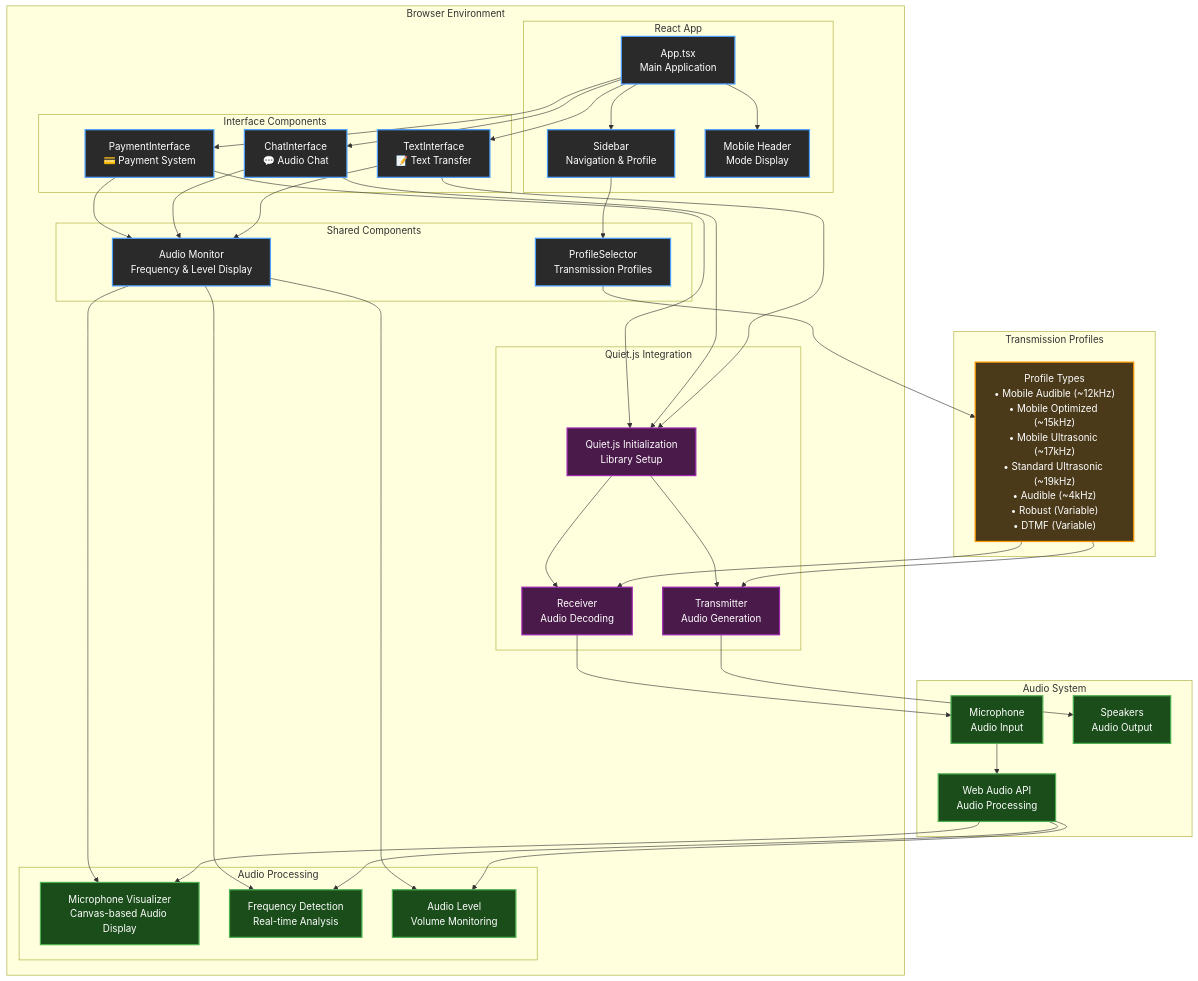
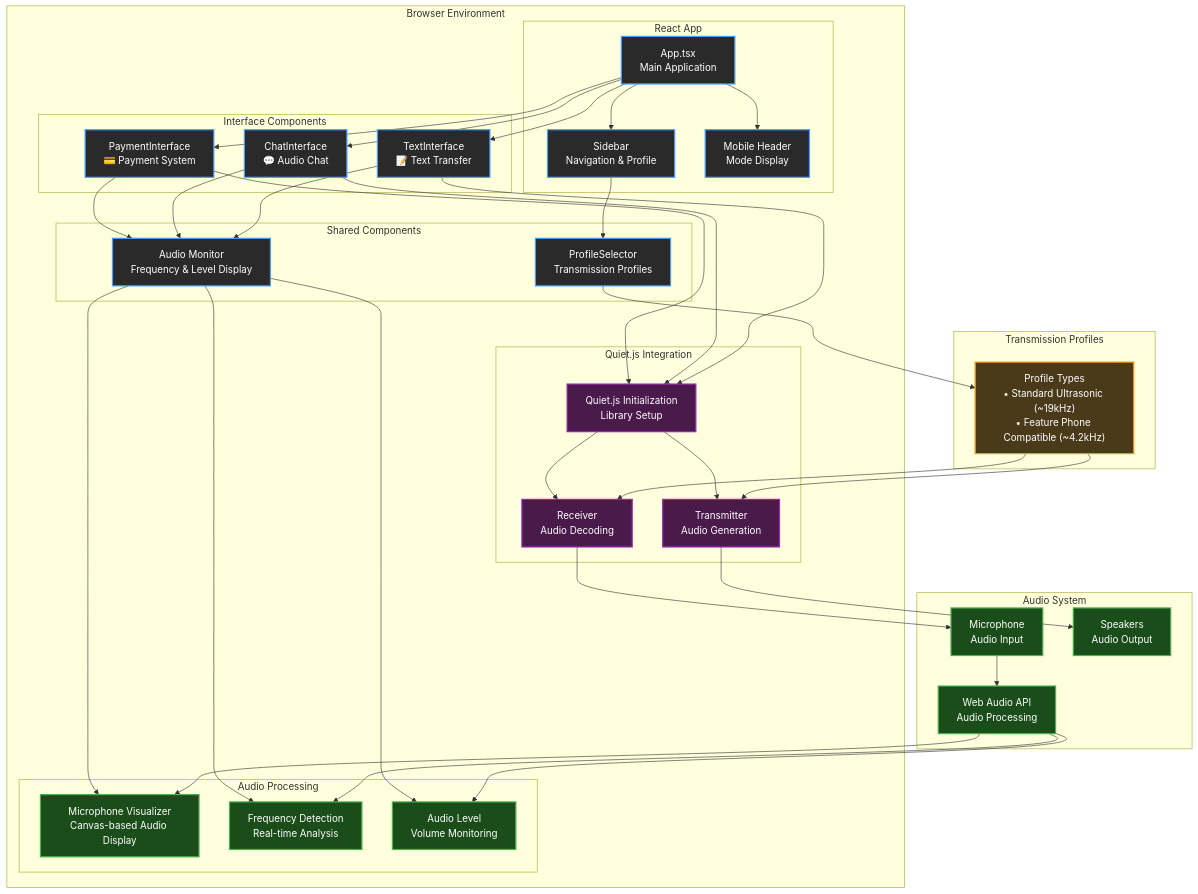
The diagram in docs/architecture.mmd (IFAKA/ultrasound-payments), drawn with Mermaid before and after one commit. The commit also changed 4 other files, not shown here.

Commit message:
Update README and architecture documentation to reflect changes in transmission profiles and repository links. Add new CSS files for Payment, Chat, and Text interfaces, and enhance component relationships diagrams with updated styles and utilities.

```diff
--- a/docs/architecture.mmd
+++ b/docs/architecture.mmd
@@ -1,90 +1,90 @@
 graph TB
     subgraph "Browser Environment"
         subgraph "React App"
             App["App.tsx<br/>Main Application"]
             Sidebar["Sidebar<br/>Navigation & Profile"]
             MobileHeader["Mobile Header<br/>Mode Display"]
         end
         
         subgraph "Interface Components"
             Payment["PaymentInterface<br/>💳 Payment System"]
             Chat["ChatInterface<br/>💬 Audio Chat"]
             Text["TextInterface<br/>📝 Text Transfer"]
         end
         
         subgraph "Shared Components"
             ProfileSelector["ProfileSelector<br/>Transmission Profiles"]
             AudioMonitor["Audio Monitor<br/>Frequency & Level Display"]
         end
         
         subgraph "Audio Processing"
             MicViz["Microphone Visualizer<br/>Canvas-based Audio Display"]
             FreqDetect["Frequency Detection<br/>Real-time Analysis"]
             AudioLevel["Audio Level<br/>Volume Monitoring"]
         end
         
         subgraph "Quiet.js Integration"
             QuietInit["Quiet.js Initialization<br/>Library Setup"]
             Transmitter["Transmitter<br/>Audio Generation"]
             Receiver["Receiver<br/>Audio Decoding"]
         end
     end
     
     subgraph "Audio System"
         Microphone["Microphone<br/>Audio Input"]
         Speakers["Speakers<br/>Audio Output"]
         AudioContext["Web Audio API<br/>Audio Processing"]
     end
     
     subgraph "Transmission Profiles"
-        Profiles["Profile Types<br/>• Mobile Audible (~12kHz)<br/>• Mobile Optimized (~15kHz)<br/>• Mobile Ultrasonic (~17kHz)<br/>• Standard Ultrasonic (~19kHz)<br/>• Audible (~4kHz)<br/>• Robust (Variable)<br/>• DTMF (Variable)"]
+        Profiles["Profile Types<br/>• Standard Ultrasonic (~19kHz)<br/>• Feature Phone Compatible (~4.2kHz)"]
     end
     
     %% Main App Flow
     App --> Sidebar
     App --> MobileHeader
     App --> Payment
     App --> Chat
     App --> Text
     
     %% Component Relationships
     Sidebar --> ProfileSelector
     Payment --> AudioMonitor
     Chat --> AudioMonitor
     Text --> AudioMonitor
     
     %% Audio Processing Flow
     AudioMonitor --> MicViz
     AudioMonitor --> FreqDetect
     AudioMonitor --> AudioLevel
     
     %% Quiet.js Integration
     Payment --> QuietInit
     Chat --> QuietInit
     Text --> QuietInit
     QuietInit --> Transmitter
     QuietInit --> Receiver
     
     %% Audio System Integration
     Microphone --> AudioContext
     AudioContext --> MicViz
     AudioContext --> FreqDetect
     AudioContext --> AudioLevel
     Transmitter --> Speakers
     Receiver --> Microphone
     
     %% Profile Integration
     ProfileSelector --> Profiles
     Profiles --> Transmitter
     Profiles --> Receiver
     
     %% Styling
     classDef component fill:#2a2a2a,stroke:#4a9eff,stroke-width:2px,color:#fff
     classDef audio fill:#1a4d1a,stroke:#4caf50,stroke-width:2px,color:#fff
     classDef quiet fill:#4a1a4a,stroke:#9c27b0,stroke-width:2px,color:#fff
     classDef profile fill:#4a3a1a,stroke:#ff9800,stroke-width:2px,color:#fff
     
     class App,Sidebar,MobileHeader,Payment,Chat,Text,ProfileSelector,AudioMonitor component
     class Microphone,Speakers,AudioContext,MicViz,FreqDetect,AudioLevel audio
     class QuietInit,Transmitter,Receiver quiet
     class Profiles profile
```
